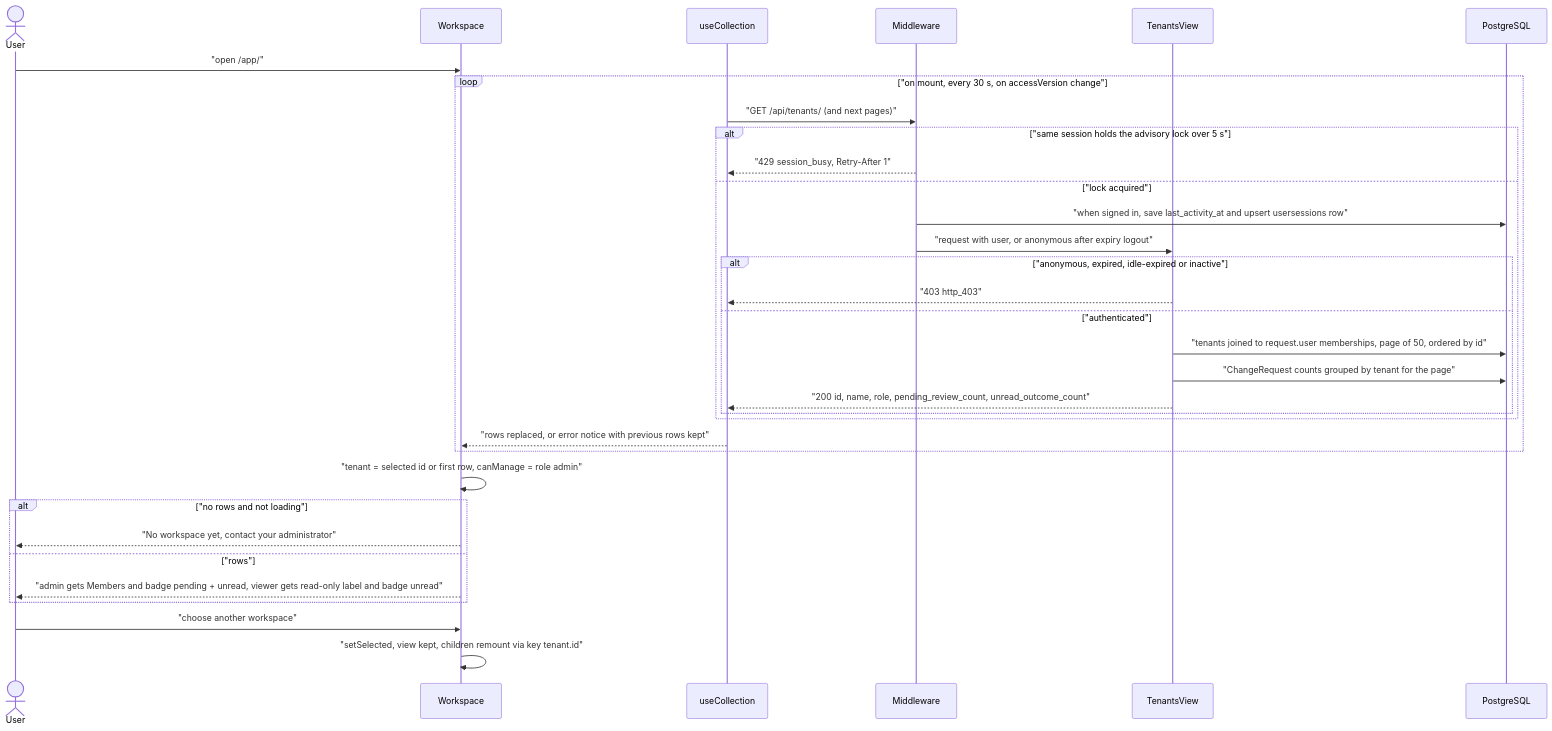
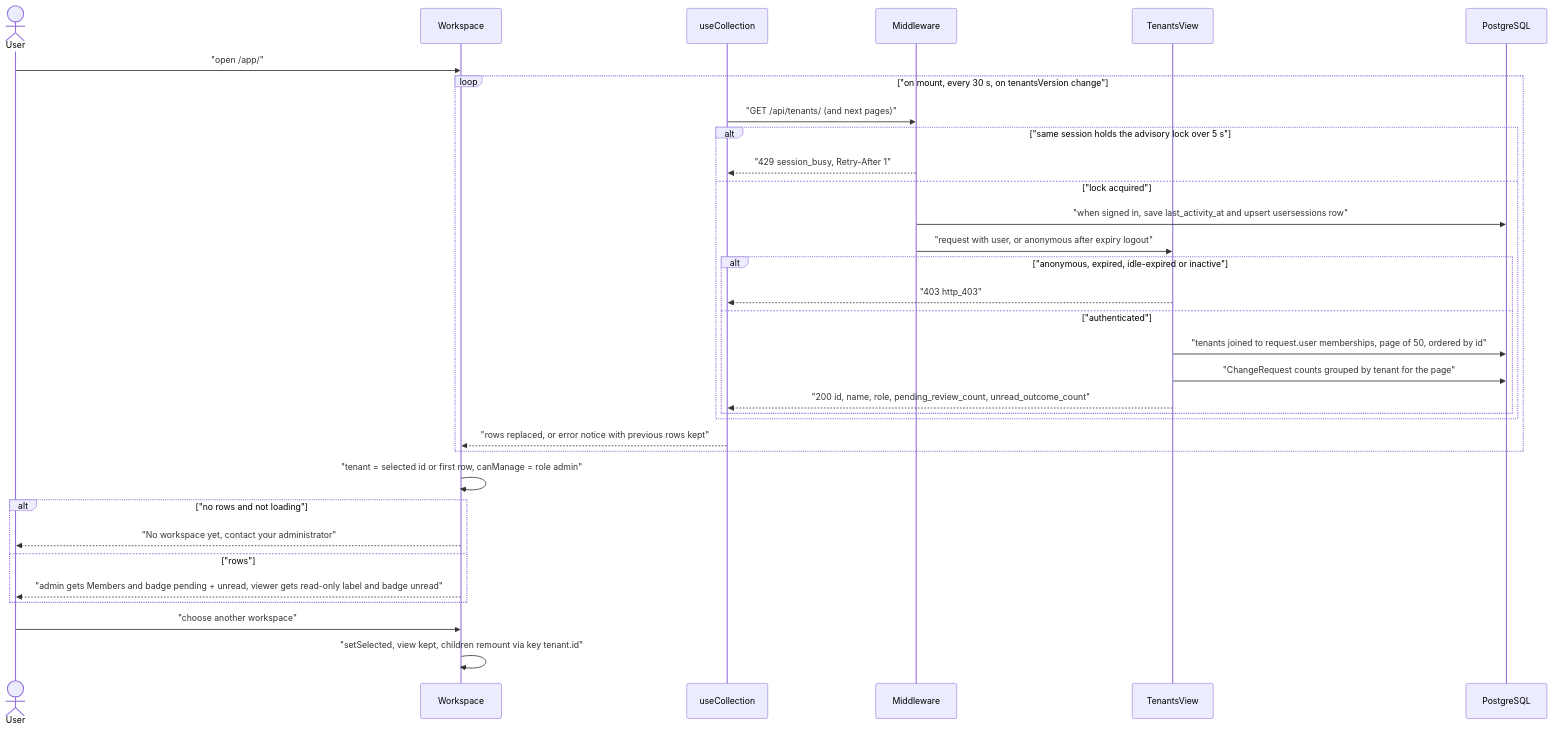
Before and after one commit to erkurtharun/pyracast: the diagram in docs/flows/workspace-switching.md, drawn with Mermaid. The commit also changed other lines of this file and 51 other files, not shown here.

````diff
--- a/docs/flows/workspace-switching.md
+++ b/docs/flows/workspace-switching.md
@@ -14,35 +14,35 @@
 ```mermaid
 sequenceDiagram
     actor U as User
     participant W as Workspace
     participant H as useCollection
     participant M as Middleware
     participant V as TenantsView
     participant D as PostgreSQL
     U->>W: "open /app/"
-    loop "on mount, every 30 s, on accessVersion change"
+    loop "on mount, every 30 s, on tenantsVersion change"
         H->>M: "GET /api/tenants/ (and next pages)"
         alt "same session holds the advisory lock over 5 s"
             M-->>H: "429 session_busy, Retry-After 1"
         else "lock acquired"
             M->>D: "when signed in, save last_activity_at and upsert usersessions row"
             M->>V: "request with user, or anonymous after expiry logout"
             alt "anonymous, expired, idle-expired or inactive"
                 V-->>H: "403 http_403"
             else "authenticated"
                 V->>D: "tenants joined to request.user memberships, page of 50, ordered by id"
                 V->>D: "ChangeRequest counts grouped by tenant for the page"
                 V-->>H: "200 id, name, role, pending_review_count, unread_outcome_count"
             end
         end
         H-->>W: "rows replaced, or error notice with previous rows kept"
     end
     W->>W: "tenant = selected id or first row, canManage = role admin"
     alt "no rows and not loading"
         W-->>U: "No workspace yet, contact your administrator"
     else "rows"
         W-->>U: "admin gets Members and badge pending + unread, viewer gets read-only label and badge unread"
     end
     U->>W: "choose another workspace"
     W->>W: "setSelected, view kept, children remount via key tenant.id"
 ```
````
